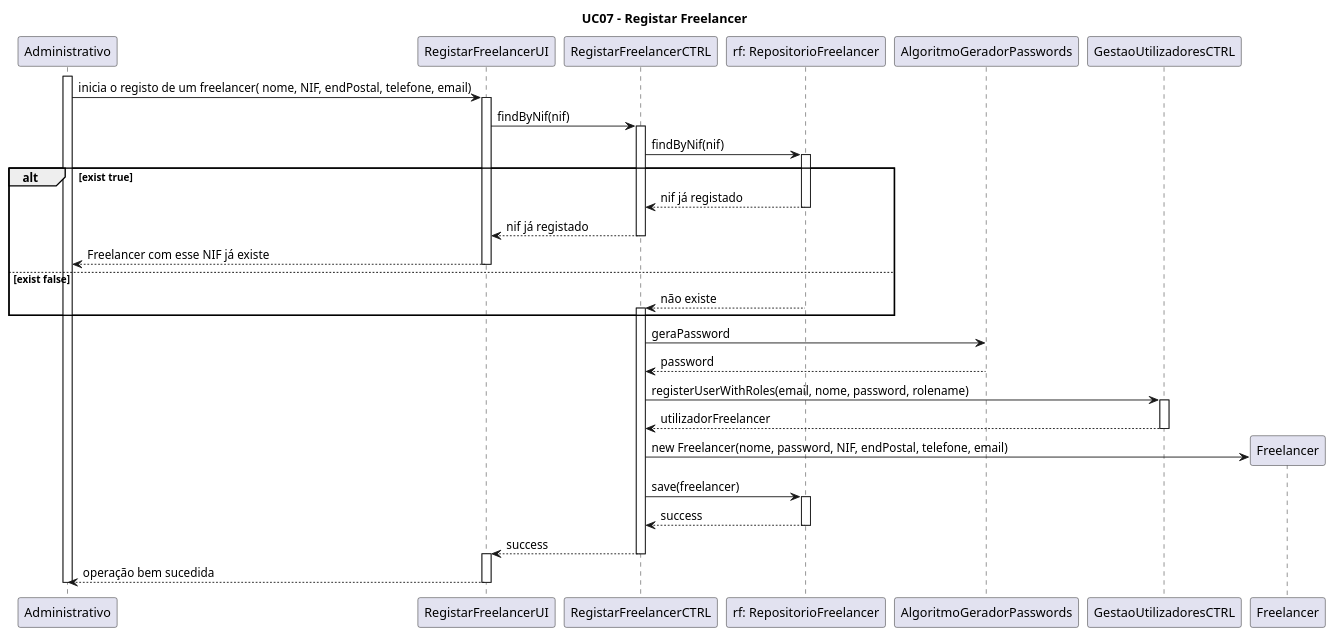
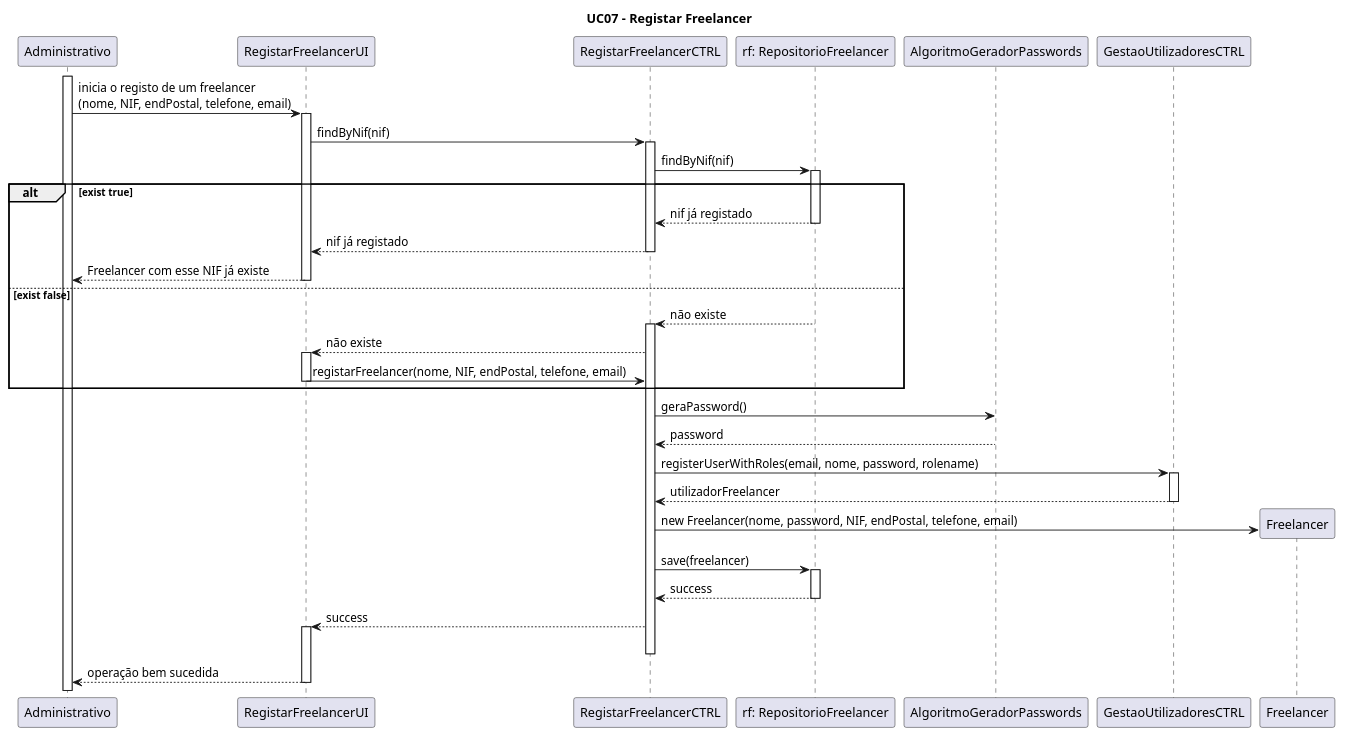
The diagram in Documentação/Sprint 3/UC07_Registar_Freelancer/UC07_Registar_Freelancer_Diagrama_Sequencia.puml (blestonbandeiraUPSKILL/upskill_java1_labprg_grupo2), drawn with PlantUML before and after one commit. The commit also changed 6 other files, not shown here.

```diff
--- a/Documentação/Sprint 3/UC07_Registar_Freelancer/UC07_Registar_Freelancer_Diagrama_Sequencia.puml
+++ b/Documentação/Sprint 3/UC07_Registar_Freelancer/UC07_Registar_Freelancer_Diagrama_Sequencia.puml
@@ -1,55 +1,55 @@
 @startuml
 
 title UC07 - Registar Freelancer
 
 participant "Administrativo" as Administrativo
 participant "RegistarFreelancerUI" as RegistarFreelancerUI
 participant "RegistarFreelancerCTRL" as RegistarFreelancerCTRL
 participant "rf: RepositorioFreelancer" as RepositorioFreelancer
 
-
 activate Administrativo
-Administrativo -> RegistarFreelancerUI : inicia o registo de um freelancer( nome, NIF, endPostal, telefone, email)
+Administrativo -> RegistarFreelancerUI : inicia o registo de um freelancer \n(nome, NIF, endPostal, telefone, email)
 activate RegistarFreelancerUI
 RegistarFreelancerUI -> RegistarFreelancerCTRL: findByNif(nif)
 activate RegistarFreelancerCTRL
 RegistarFreelancerCTRL -> RepositorioFreelancer: findByNif(nif)
 activate RepositorioFreelancer
 alt exist true
     RepositorioFreelancer --> RegistarFreelancerCTRL: nif já registado
     deactivate RepositorioFreelancer
     RegistarFreelancerCTRL --> RegistarFreelancerUI: nif já registado
     deactivate RegistarFreelancerCTRL
     RegistarFreelancerUI --> Administrativo: Freelancer com esse NIF já existe
     deactivate RegistarFreelancerUI
 
 else exist false
     RepositorioFreelancer --> RegistarFreelancerCTRL: não existe
     activate RegistarFreelancerCTRL
+    RegistarFreelancerCTRL --> RegistarFreelancerUI: não existe
+    activate RegistarFreelancerUI
+    RegistarFreelancerUI -> RegistarFreelancerCTRL: registarFreelancer(nome, NIF, endPostal, telefone, email)
+    deactivate RegistarFreelancerUI
     
 end
 
-RegistarFreelancerCTRL -> AlgoritmoGeradorPasswords: geraPassword
+RegistarFreelancerCTRL -> AlgoritmoGeradorPasswords: geraPassword()
 AlgoritmoGeradorPasswords --> RegistarFreelancerCTRL: password 
 
 RegistarFreelancerCTRL -> GestaoUtilizadoresCTRL: registerUserWithRoles(email, nome, password, rolename)
 activate GestaoUtilizadoresCTRL
 GestaoUtilizadoresCTRL --> RegistarFreelancerCTRL: utilizadorFreelancer
 deactivate GestaoUtilizadoresCTRL
 create Freelancer
 RegistarFreelancerCTRL -> Freelancer: new Freelancer(nome, password, NIF, endPostal, telefone, email)
 RegistarFreelancerCTRL -> RepositorioFreelancer: save(freelancer)
 activate RepositorioFreelancer
 RepositorioFreelancer --> RegistarFreelancerCTRL: success
 deactivate RepositorioFreelancer
 RegistarFreelancerCTRL --> RegistarFreelancerUI: success
+activate RegistarFreelancerUI
 deactivate RegistarFreelancerCTRL
-activate RegistarFreelancerUI
 RegistarFreelancerUI --> Administrativo: operação bem sucedida
 deactivate RegistarFreelancerUI
-deactivate Administrativo
-
-
 
 
 @enduml
```
